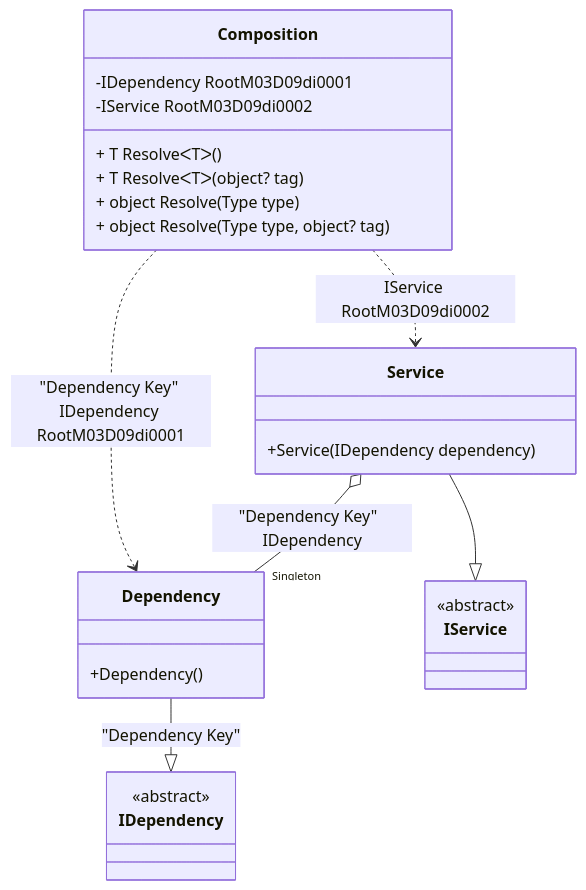
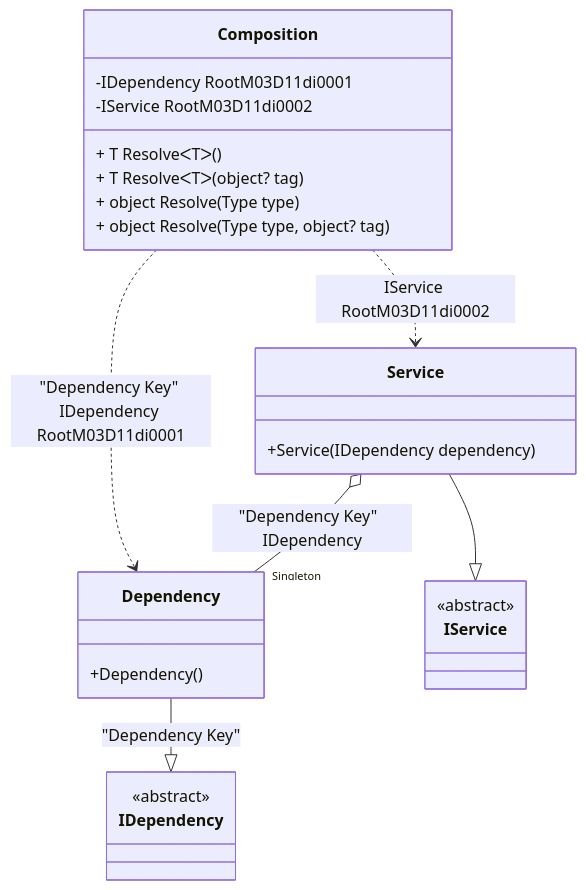
One commit to DevTeam/Pure.DI changed the diagram in readme/service-collection.md. Above: the diagram before and after it, drawn with Mermaid. The commit also changed other lines of this file and 73 other files, not shown here.

````diff
--- a/readme/service-collection.md
+++ b/readme/service-collection.md
@@ -47,28 +47,28 @@
 ```mermaid
 classDiagram
   class Composition {
-    -IDependency RootM03D09di0001
-    -IService RootM03D09di0002
+    -IDependency RootM03D11di0001
+    -IService RootM03D11di0002
     + T ResolveᐸTᐳ()
     + T ResolveᐸTᐳ(object? tag)
     + object Resolve(Type type)
     + object Resolve(Type type, object? tag)
   }
   Dependency --|> IDependency : "Dependency Key" 
   class Dependency {
     +Dependency()
   }
   Service --|> IService : 
   class Service {
     +Service(IDependency dependency)
   }
   class IDependency {
     <<abstract>>
   }
   class IService {
     <<abstract>>
   }
   Service o--  "Singleton" Dependency : "Dependency Key"  IDependency
-  Composition ..> Dependency : "Dependency Key" IDependency RootM03D09di0001
-  Composition ..> Service : IService RootM03D09di0002
+  Composition ..> Dependency : "Dependency Key" IDependency RootM03D11di0001
+  Composition ..> Service : IService RootM03D11di0002
 ```
````
